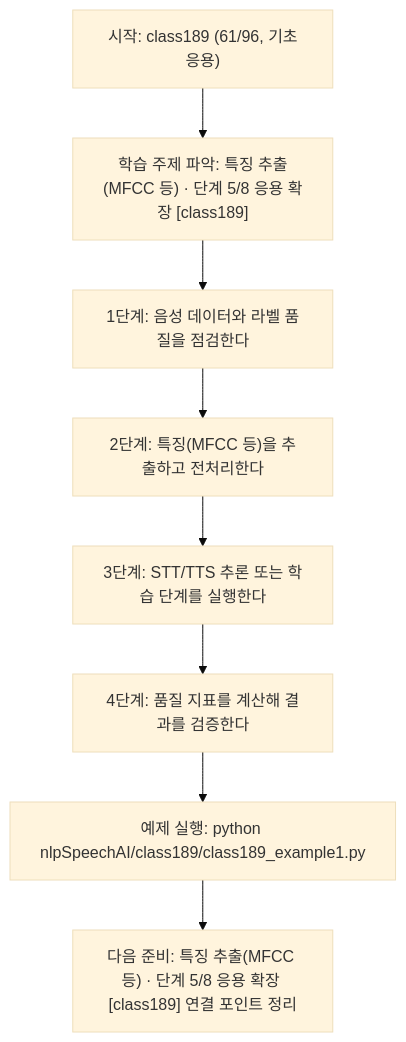
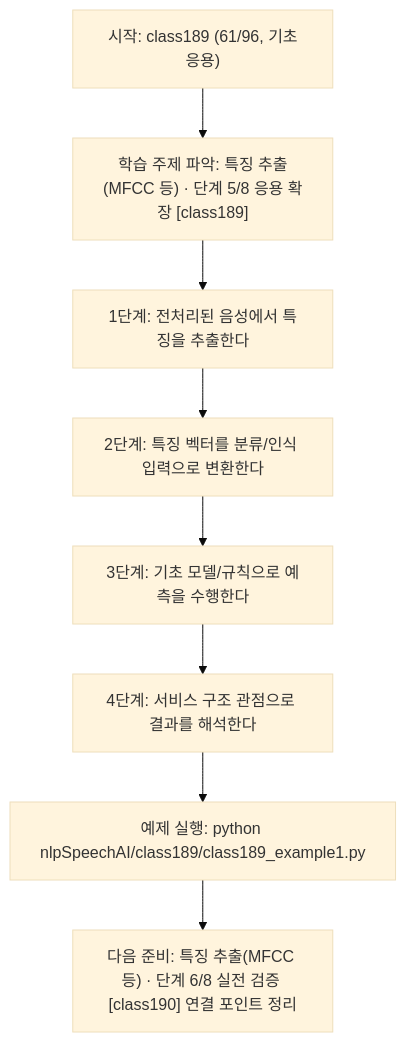
The diagram in nlpSpeechAI/class189/class189.md (edumgt/Python-AI_Agent-Class), drawn with Mermaid (base theme) before and after one commit. The commit also changed other lines of this file and 1122 other files, not shown here.

````diff
--- a/nlpSpeechAI/class189/class189.md
+++ b/nlpSpeechAI/class189/class189.md
@@ -114,18 +95,18 @@
 ```mermaid
 flowchart TD
 N1["시작: class189 (61/96, 기초응용)"]
 N2["학습 주제 파악: 특징 추출(MFCC 등) · 단계 5/8 응용 확장 [class189]"]
-N3["1단계: 음성 데이터와 라벨 품질을 점검한다"]
-N4["2단계: 특징(MFCC 등)을 추출하고 전처리한다"]
-N5["3단계: STT/TTS 추론 또는 학습 단계를 실행한다"]
-N6["4단계: 품질 지표를 계산해 결과를 검증한다"]
+N3["1단계: 전처리된 음성에서 특징을 추출한다"]
+N4["2단계: 특징 벡터를 분류/인식 입력으로 변환한다"]
+N5["3단계: 기초 모델/규칙으로 예측을 수행한다"]
+N6["4단계: 서비스 구조 관점으로 결과를 해석한다"]
 N7["예제 실행: python nlpSpeechAI/class189/class189_example1.py"]
-N8["다음 준비: 특징 추출(MFCC 등) · 단계 5/8 응용 확장 [class189] 연결 포인트 정리"]
+N8["다음 준비: 특징 추출(MFCC 등) · 단계 6/8 실전 검증 [class190] 연결 포인트 정리"]
 N1 --> N2
 N2 --> N3
 N3 --> N4
 N4 --> N5
 N5 --> N6
 N6 --> N7
 N7 --> N8
 ```
````
